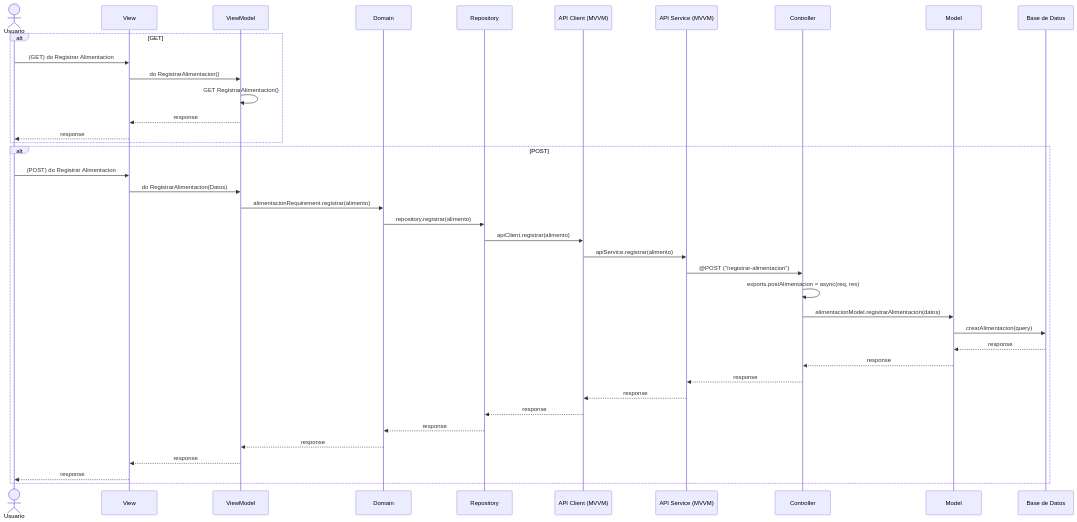
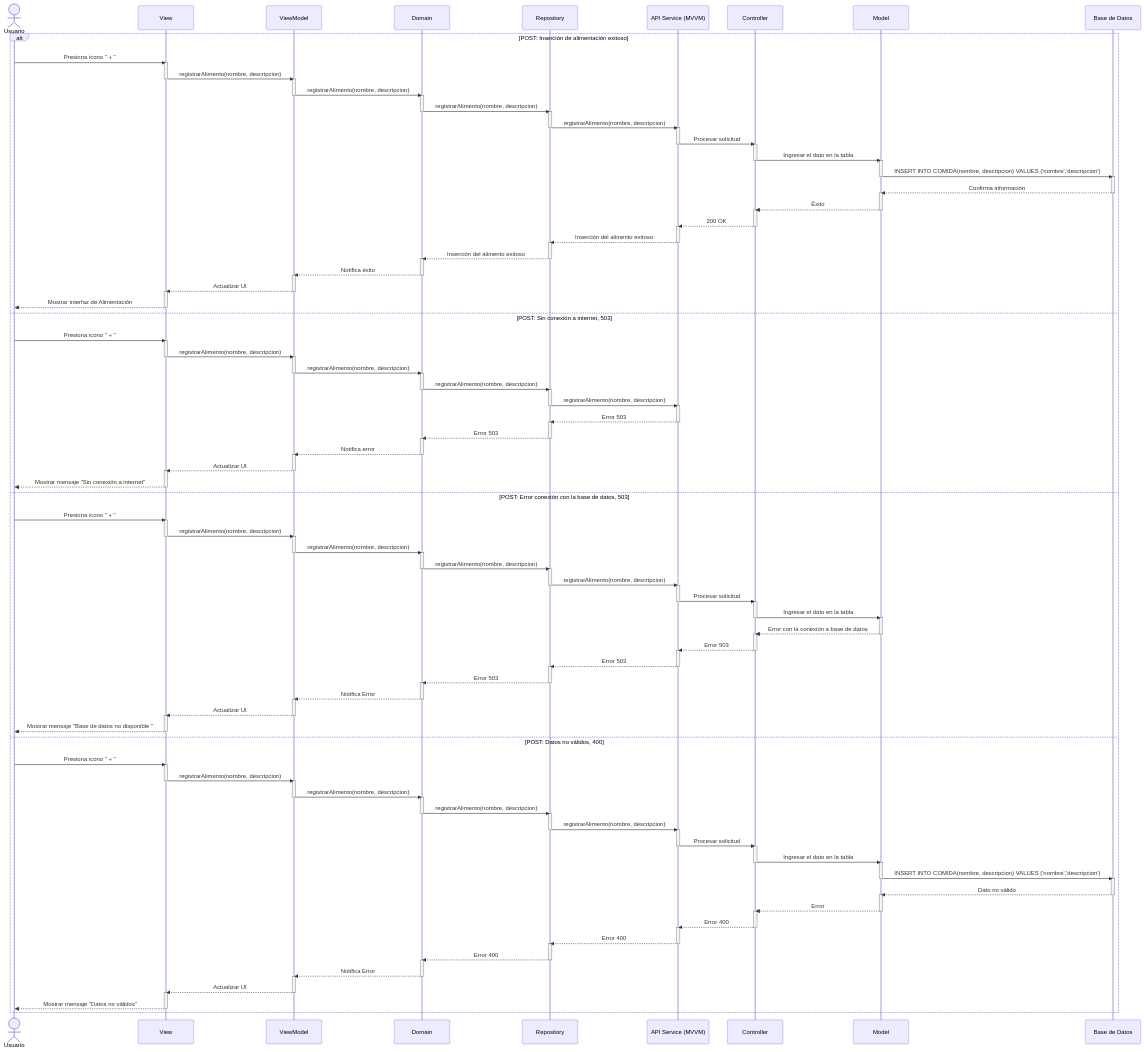
One commit to CodeAnd-Co/Documentacion changed the diagram in documentation/docs/proyectos/larvas/documentacion/requisitos/RF26.md. Above: the diagram before and after it, drawn with Mermaid. The commit also changed other lines of this file, not shown here.

Commit message:
Añadir post

````diff
--- a/documentation/docs/proyectos/larvas/documentacion/requisitos/RF26.md
+++ b/documentation/docs/proyectos/larvas/documentacion/requisitos/RF26.md
@@ -24,46 +25,233 @@
 ```mermaid
-sequenceDiagram  
-      actor Usuario 
-      participant View as View
-      participant ViewModel as ViewModel
-      participant Domain as Domain
-      participant Repository as Repository
-      participant APIClient as API Client (MVVM)
-      participant APIService as API Service (MVVM)
-      participant Controller as Controller
-      participant Model as Model
-      participant Database as Base de Datos
+sequenceDiagram
+    actor Usuario 
+    participant View as View
+    participant ViewModel as ViewModel
+    participant Domain as Domain
+    participant Repository as Repository
+    participant APIService as API Service (MVVM)
+    participant Controller as Controller
+    participant Model as Model
+    participant Database as Base de Datos
 
-    alt GET
-    Usuario->>View: (GET) do Registrar Alimentacion
-    View->>ViewModel: do RegistrarAlimentacion()
-    ViewModel->>ViewModel: GET RegistrarAlimentacion()
-    ViewModel-->>View: response
-    View-->>Usuario: response
+    alt POST: Inserción de alimentación exitoso
+        Usuario->>View: Presiona icono " + "
+        activate View
+
+        View->>ViewModel: registrarAlimento(nombre, descripcion)
+        deactivate View
+        activate ViewModel
+
+        ViewModel->>Domain: registrarAlimento(nombre, descripcion)
+        deactivate ViewModel
+        activate Domain
+
+        Domain->>Repository: registrarAlimento(nombre, descripcion)
+        deactivate Domain
+        activate Repository
+
+        Repository->>APIService: registrarAlimento(nombre, descripcion)
+        deactivate Repository
+        activate APIService
+
+        APIService->>Controller: Procesar solicitud
+        deactivate APIService
+        activate Controller
+
+        Controller->>Model: Ingresar el dato en la tabla
+        deactivate Controller
+        activate Model
+
+        Model->>Database: INSERT INTO COMIDA(nombre, descripcion) VALUES ('nombre','descripcion')   
+        deactivate Model
+        activate Database
+
+        Database-->>Model: Confirma información
+        deactivate Database
+        activate Model
+
+        Model-->>Controller: Éxito
+        deactivate Model
+        activate Controller
+
+        Controller-->>APIService: 200 OK
+        deactivate Controller
+        activate APIService
+
+        APIService-->>Repository: Inserción del alimento exitoso
+        deactivate APIService
+        activate Repository
+
+        Repository-->>Domain: Inserción del alimento exitoso
+        deactivate Repository
+        activate Domain
+
+        Domain-->>ViewModel: Notifica éxito
+        deactivate Domain
+        activate ViewModel
+
+        ViewModel-->>View: Actualizar UI
+        deactivate ViewModel
+        activate View
+
+        View-->>Usuario: Mostrar interfaz de Alimentación
+        deactivate View
+    else POST: Sin conexión a internet, 503
+        Usuario->>View: Presiona icono " + "
+        activate View
+
+        View->>ViewModel: registrarAlimento(nombre, descripcion)
+        deactivate View
+        activate ViewModel
+
+        ViewModel->>Domain: registrarAlimento(nombre, descripcion)
+        deactivate ViewModel
+        activate Domain
+
+        Domain->>Repository: registrarAlimento(nombre, descripcion)
+        deactivate Domain
+        activate Repository
+
+        Repository->>APIService: registrarAlimento(nombre, descripcion)
+        deactivate Repository
+        activate APIService
+
+        APIService-->>Repository: Error 503
+        deactivate APIService
+        activate Repository
+
+        Repository-->>Domain: Error 503
+        deactivate Repository
+        activate Domain
+
+        Domain-->>ViewModel: Notifica error
+        deactivate Domain
+        activate ViewModel
+
+        ViewModel-->>View: Actualizar UI
+        deactivate ViewModel
+        activate View
+
+        View-->>Usuario: Mostrar mensaje "Sin conexión a internet"
+        deactivate View
+        
+    else POST: Error conexión con la base de datos, 503
+        Usuario->>View: Presiona icono " + "
+        activate View
+
+        View->>ViewModel: registrarAlimento(nombre, descripcion)
+        deactivate View
+        activate ViewModel
+
+        ViewModel->>Domain: registrarAlimento(nombre, descripcion)
+        deactivate ViewModel
+        activate Domain
+
+        Domain->>Repository: registrarAlimento(nombre, descripcion)
+        deactivate Domain
+        activate Repository
+
+        Repository->>APIService: registrarAlimento(nombre, descripcion)
+        deactivate Repository
+        activate APIService
+
+        APIService->>Controller: Procesar solicitud
+        deactivate APIService
+        activate Controller
+
+        Controller->>Model: Ingresar el dato en la tabla
+        deactivate Controller
+        activate Model
+
+        Model-->>Controller: Error con la conexión a base de datos
+        deactivate Model
+        activate Controller
+
+        Controller-->>APIService: Error 503
+        deactivate Controller
+        activate APIService
+
+        APIService-->>Repository: Error 503
+        deactivate APIService
+        activate Repository
+
+        Repository-->>Domain: Error 503
+        deactivate Repository
+        activate Domain
+
+        Domain-->>ViewModel: Notifica Error
+        deactivate Domain
+        activate ViewModel
+
+        ViewModel-->>View: Actualizar UI
+        deactivate ViewModel
+        activate View
+
+        View-->>Usuario: Mostrar mensaje "Base de datos no disponible "
+        deactivate View
+
+        else POST: Datos no válidos, 400
+        Usuario->>View: Presiona icono " + "
+        activate View
+
+        View->>ViewModel: registrarAlimento(nombre, descripcion)
+        deactivate View
+        activate ViewModel
+
+        ViewModel->>Domain: registrarAlimento(nombre, descripcion)
+        deactivate ViewModel
+        activate Domain
+
+        Domain->>Repository: registrarAlimento(nombre, descripcion)
+        deactivate Domain
+        activate Repository
+
+        Repository->>APIService: registrarAlimento(nombre, descripcion)
+        deactivate Repository
+        activate APIService
+
+        APIService->>Controller: Procesar solicitud
+        deactivate APIService
+        activate Controller
+
+        Controller->>Model: Ingresar el dato en la tabla
+        deactivate Controller
+        activate Model
+
+        Model->>Database: INSERT INTO COMIDA(nombre, descripcion) VALUES ('nombre','descripcion')
+        deactivate Model
+        activate Database
+
+        Database-->>Model: Dato no válido
+        deactivate Database
+        activate Model
+
+        Model-->>Controller: Error
+        deactivate Model
+        activate Controller
+
+        Controller-->>APIService: Error 400
+        deactivate Controller
+        activate APIService
+
+        APIService-->>Repository: Error 400
+        deactivate APIService
+        activate Repository
+
+        Repository-->>Domain: Error 400
+        deactivate Repository
+        activate Domain
+
+        Domain-->>ViewModel: Notifica Error
+        deactivate Domain
+        activate ViewModel
+
+        ViewModel-->>View: Actualizar UI
+        deactivate ViewModel
+        activate View
+
+        View-->>Usuario: Mostrar mensaje "Datos no válidos"
+        deactivate View
     end
 
-    
-
-    alt POST
-    Usuario->>View: (POST) do Registrar Alimentacion
-    View->>ViewModel: do RegistrarAlimentacion(Datos)
-    ViewModel->>Domain: alimentacionRequirement.registrar(alimento)
-    Domain->>Repository: repository.registrar(alimento)
-    Repository->>APIClient: apiClient.registrar(alimento)
-    APIClient->>APIService: apiService.registrar(alimento)
-    APIService->>Controller: @POST ("/registrar-alimentacion")
-    Controller->>Controller: exports.postAlimentacion = async(req, res)
-    Controller->>Model: alimentacionModel.registrarAlimentacion(datos)
-    Model->>Database: crearAlimentacion(query)
-    Database-->>Model: response
-    Model-->>Controller: response
-    Controller-->>APIService: response
-    APIService-->>APIClient: response
-    APIClient-->>Repository: response
-    Repository-->>Domain: response
-    Domain-->>ViewModel: response
-    ViewModel-->>View: response
-    View-->>Usuario: response
-    end
-    
 ```
````
